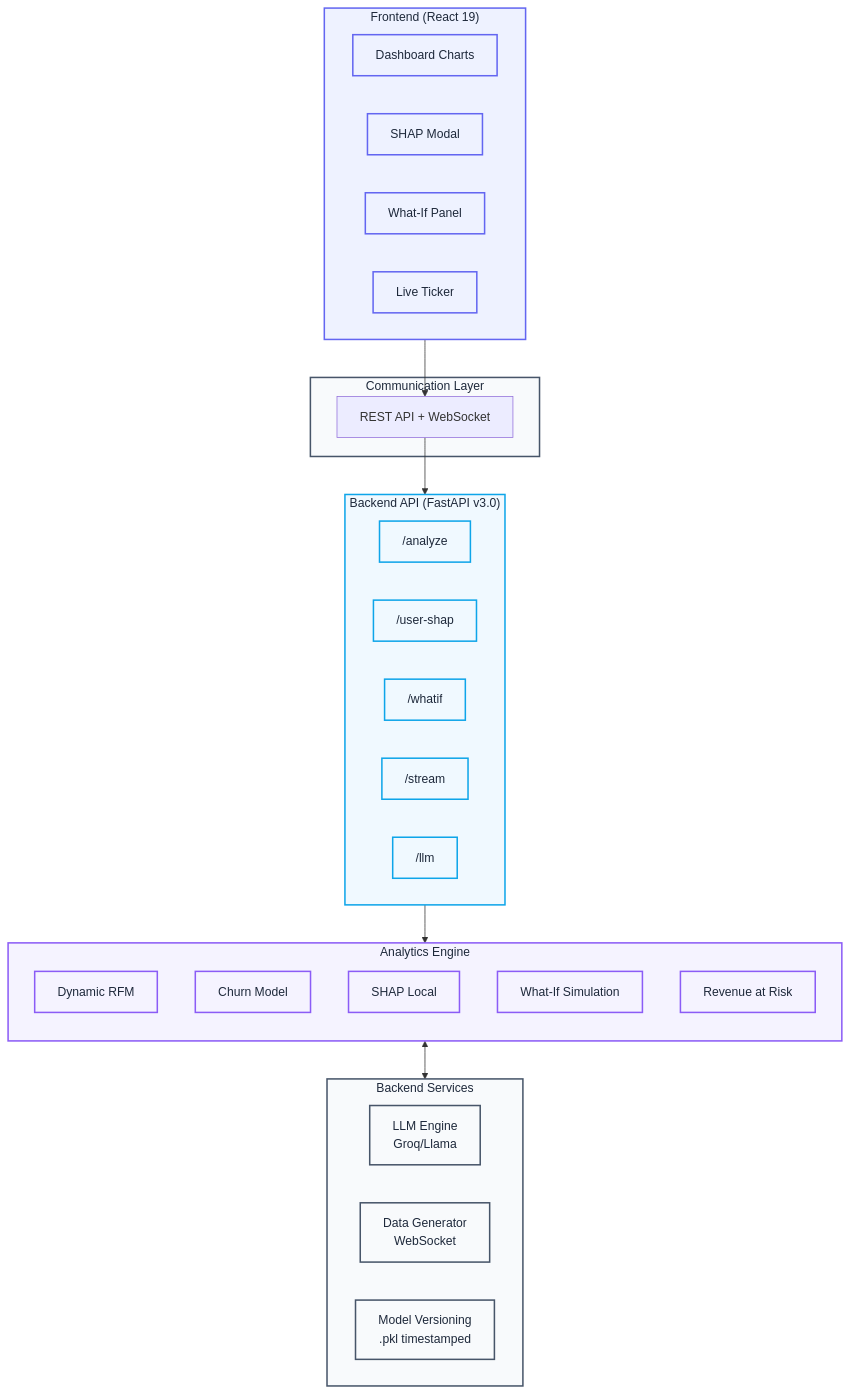
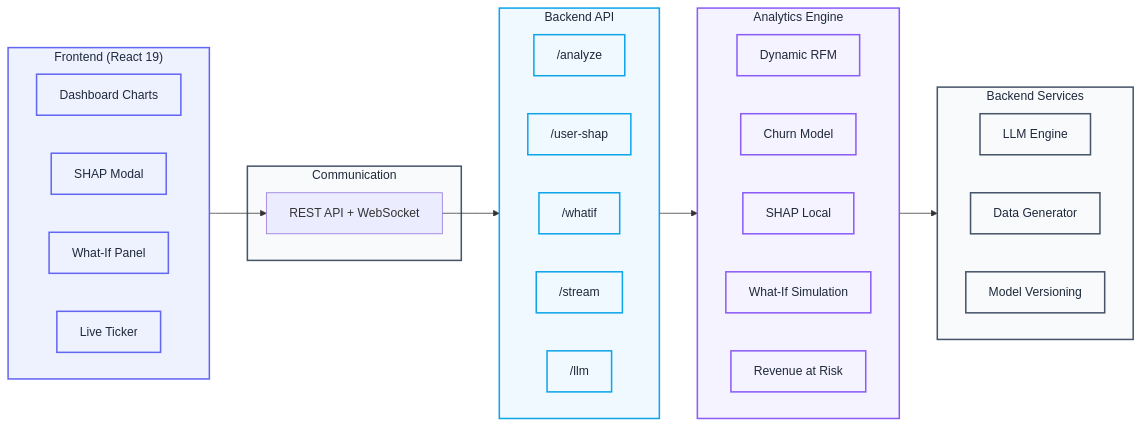
Before and after one commit to RiyanshiVerma-11/FinSight: the diagram in README.md, drawn with Mermaid.

Commit message:
docs: optimize mermaid diagram for horizontal readability

````diff
--- a/README.md
+++ b/README.md
@@ -74,57 +74,57 @@
 ```mermaid
-graph TB
+graph LR
     %% Nodes styling
     classDef frontend fill:#eef2ff,stroke:#6366f1,stroke-width:2px,color:#1e293b
     classDef backend fill:#f8fafc,stroke:#475569,stroke-width:2px,color:#1e293b
     classDef engine fill:#f5f3ff,stroke:#8b5cf6,stroke-width:2px,color:#1e293b
     classDef api fill:#f0f9ff,stroke:#0ea5e9,stroke-width:2px,color:#1e293b
 
     subgraph UI ["Frontend (React 19)"]
         direction LR
         D[Dashboard Charts]
         S[SHAP Modal]
         W[What-If Panel]
         L[Live Ticker]
     end
 
-    subgraph COM ["Communication Layer"]
+    subgraph COM ["Communication"]
         API_REQ[REST API + WebSocket]
     end
 
-    subgraph B_API ["Backend API (FastAPI v3.0)"]
+    subgraph B_API ["Backend API"]
         direction LR
         AN["/analyze"]
         US["/user-shap"]
         WI["/whatif"]
         ST["/stream"]
         LH["/llm"]
     end
 
     subgraph AE ["Analytics Engine"]
-        direction TB
+        direction LR
         RFM[Dynamic RFM]
         CM[Churn Model]
         SL[SHAP Local]
         WIF[What-If Simulation]
         RAR[Revenue at Risk]
     end
 
     subgraph BS ["Backend Services"]
         direction LR
-        LLM[LLM Engine<br/>Groq/Llama]
-        DG[Data Generator<br/>WebSocket]
-        MV[Model Versioning<br/>.pkl timestamped]
+        LLM[LLM Engine]
+        DG[Data Generator]
+        MV[Model Versioning]
     end
 
     %% Connections
     UI --> API_REQ
     API_REQ --> B_API
     B_API --> AE
-    AE <--> BS
+    AE --> BS
 
     %% Applying styles
     class D,S,W,L,UI frontend
     class B_API,AN,US,WI,ST,LH api
     class AE,RFM,CM,SL,WIF,RAR engine
     class BS,LLM,DG,MV,COM backend
 ```
````
